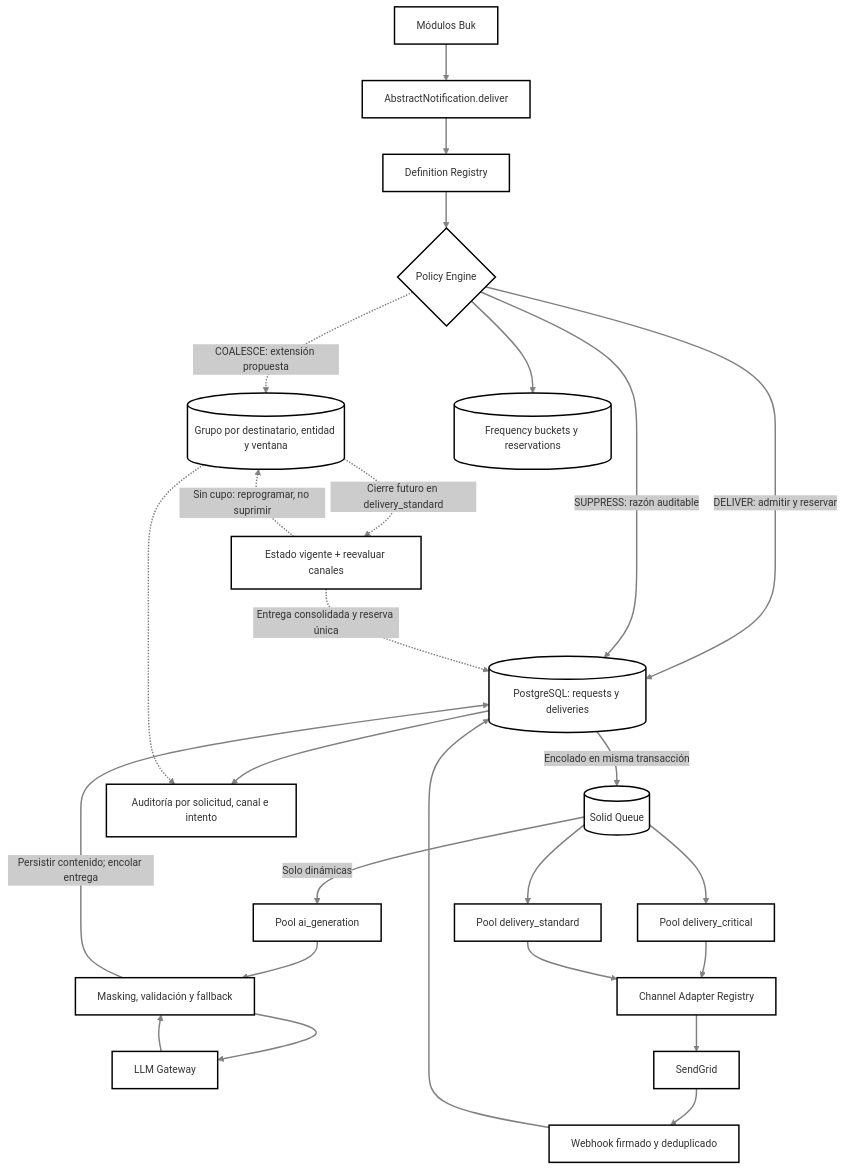
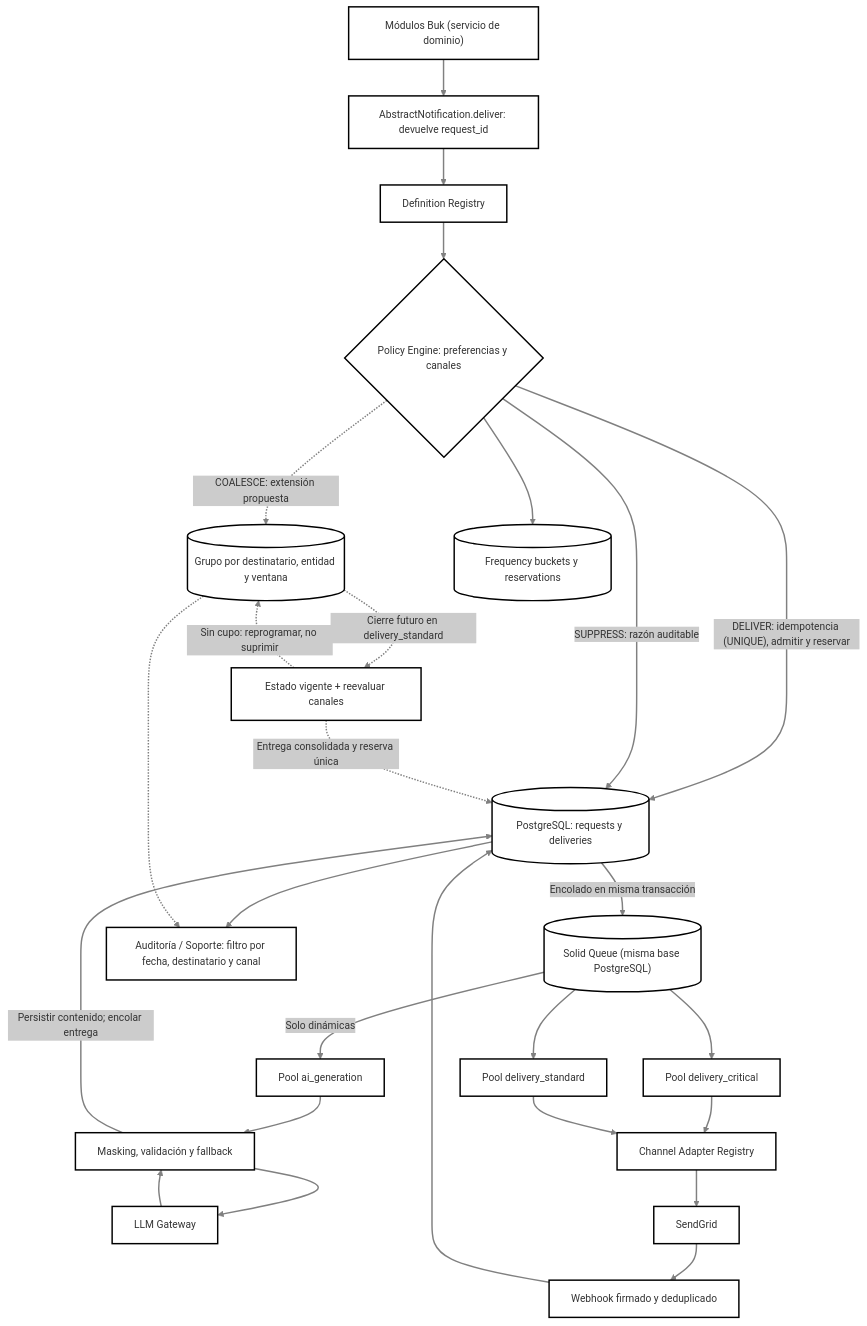
One commit to natha9404/codespaces-rails changed the diagram in app/assets/images/arquitectura.mmd. Above: the diagram before and after it, drawn with Mermaid. The commit also changed 1 other file, not shown here.

Commit message:
Alinear diagramas 2.b y 2.c con el documento técnico
- 2.b: idempotencia en la rama DELIVER, request_id devuelto por deliver,
  Solid Queue en la misma base y nodo Auditoría / Soporte.
- 2.c: Rails (monolito) en lugar de API, y enlaces por grupo
  (EC2 <-> PostgreSQL) para eliminar el cruce de líneas.

Claude-Session: https://claude.ai/code/session_01EN15Zt4eD2KFyRUn3HFGET

```diff
--- a/app/assets/images/arquitectura.mmd
+++ b/app/assets/images/arquitectura.mmd
@@ -1,33 +1,31 @@
 ---
 config:
   theme: neo
 ---
 flowchart TB
-  Modules["Módulos Buk"] --> API["AbstractNotification.deliver"]
-  API --> Registry["Definition Registry"] --> Policy{"Policy Engine"}
-  Policy -->|"DELIVER: admitir y reservar"| DB[("PostgreSQL: requests y deliveries")]
+  Modules["Módulos Buk (servicio de dominio)"] --> API["AbstractNotification.deliver: devuelve request_id"]
+  API --> Registry["Definition Registry"] --> Policy{"Policy Engine: preferencias y canales"}
+  Policy -->|"DELIVER: idempotencia (UNIQUE), admitir y reservar"| DB[("PostgreSQL: requests y deliveries")]
   Policy -->|"SUPPRESS: razón auditable"| DB
   Policy -.->|"COALESCE: extensión propuesta"| Group[("Grupo por destinatario, entidad y ventana")]
   Group -.->|"Cierre futuro en delivery_standard"| Eligibility["Estado vigente + reevaluar canales"]
   Eligibility -.->|"Sin cupo: reprogramar, no suprimir"| Group
   Eligibility -.->|"Entrega consolidada y reserva única"| DB
   Policy --> Freq[("Frequency buckets y reservations")]
-  DB -->|"Encolado en misma transacción"| SQ[("Solid Queue")]
+  DB -->|"Encolado en misma transacción"| SQ[("Solid Queue (misma base PostgreSQL)")]
   SQ -->|"Solo dinámicas"| AI["Pool ai_generation"]
   AI --> Guard["Masking, validación y fallback"]
   Guard --> LLM["LLM Gateway"]
   LLM --> Guard
   Guard -->|"Persistir contenido; encolar entrega"| DB
   SQ --> Critical["Pool delivery_critical"]
   SQ --> Standard["Pool delivery_standard"]
   Critical --> Adapter["Channel Adapter Registry"]
   Standard --> Adapter
   Adapter --> SG["SendGrid"]
   SG --> Hook["Webhook firmado y deduplicado"]
   Hook --> DB
-  DB --> Audit["Auditoría por solicitud, canal e intento"]
+  DB --> Audit["Auditoría / Soporte: filtro por fecha, destinatario y canal"]
   Group -.-> Audit
 
-
-
         linkStyle default stroke:#808080
```
